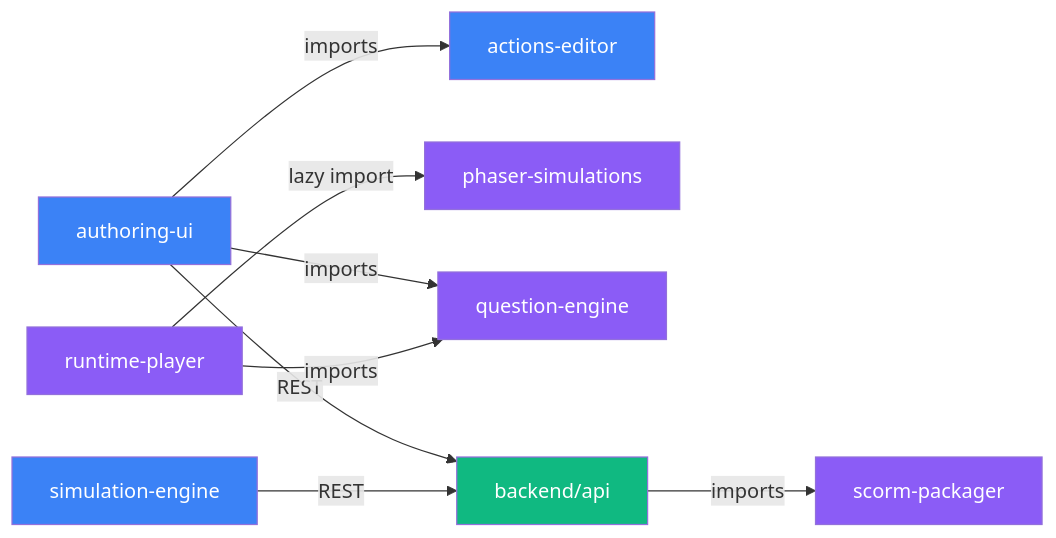
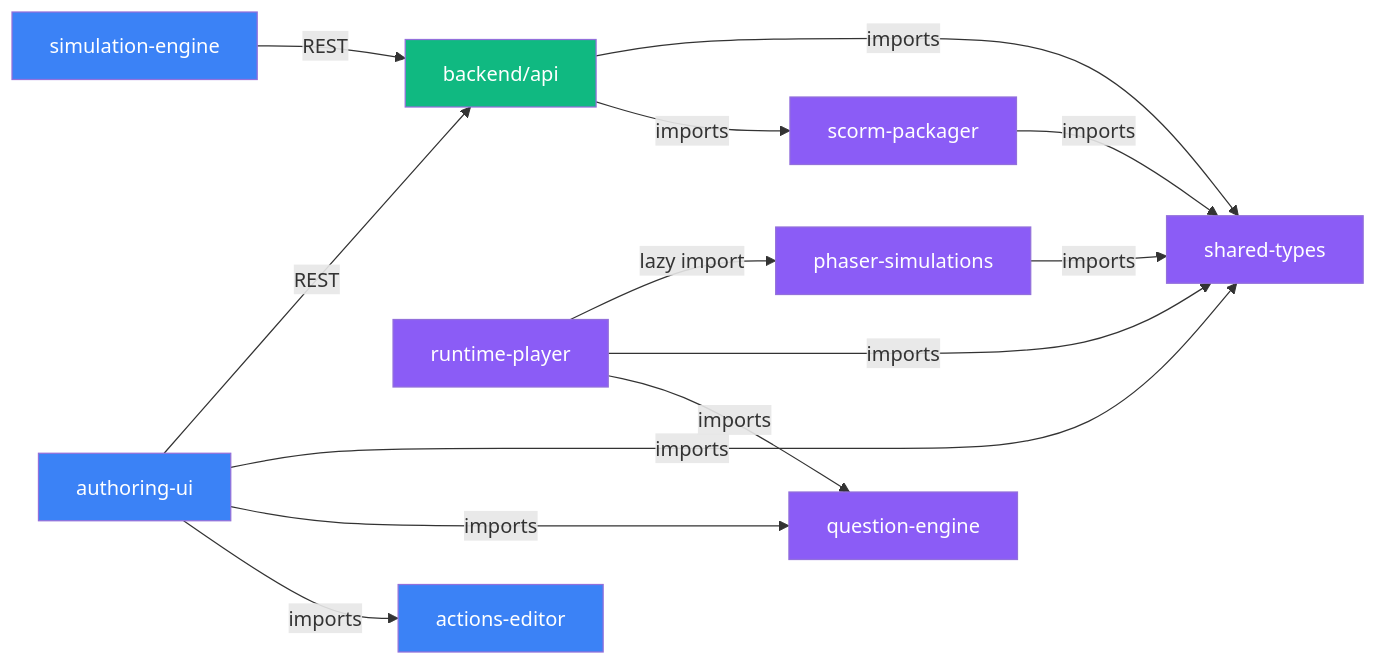
Before and after one commit to canocampus/elearn-studio: the first of 6 diagrams in docs/developer-guide/01-architecture.md, drawn with Mermaid. The commit also changed other lines of this file and 6 other files, not shown here.

````diff
--- a/docs/developer-guide/01-architecture.md
+++ b/docs/developer-guide/01-architecture.md
@@ -9,24 +9,30 @@
 ```mermaid
 graph LR
   classDef frontend fill:#3B82F6,color:#fff
   classDef backend fill:#10B981,color:#fff
   classDef storage fill:#F59E0B,color:#fff
   classDef shared fill:#8B5CF6,color:#fff
 
   AUI[authoring-ui]:::frontend
   AE[actions-editor]:::frontend
   SE[simulation-engine]:::frontend
   PS[phaser-simulations]:::shared
   QE[question-engine]:::shared
+  ST[shared-types]:::shared
   SP[scorm-packager]:::shared
   RP[runtime-player]:::shared
   API[backend/api]:::backend
 
   AUI -->|imports| AE
   AUI -->|imports| QE
+  AUI -->|imports| ST
   AUI -->|REST| API
   SE -->|REST| API
   API -->|imports| SP
+  API -->|imports| ST
+  SP -->|imports| ST
+  RP -->|imports| QE
+  RP -->|imports| ST
   RP -->|lazy import| PS
-  RP -->|imports| QE
+  PS -->|imports| ST
 ```
````
